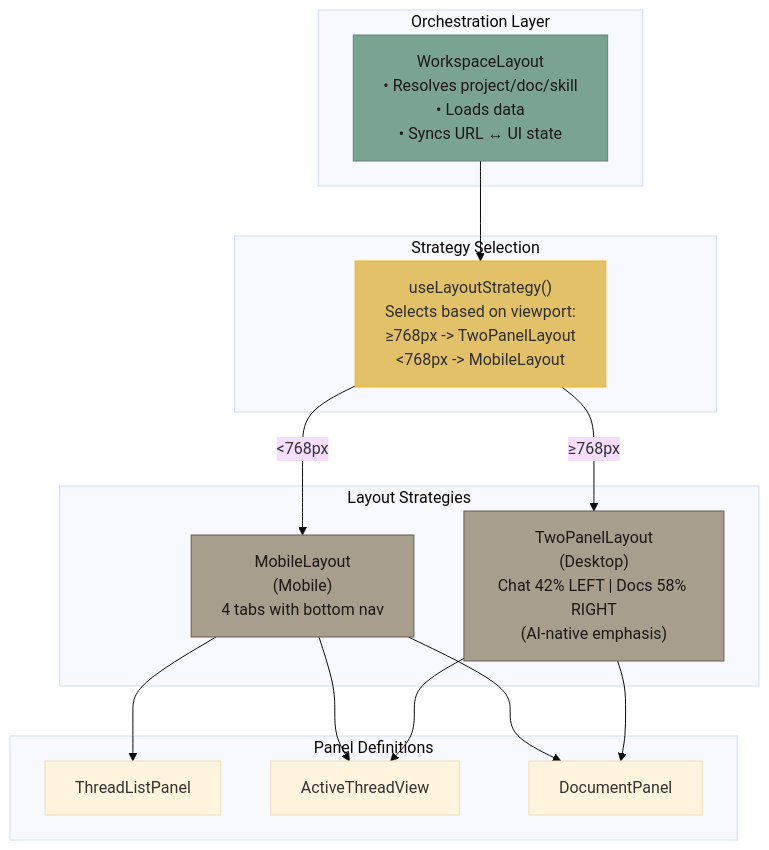
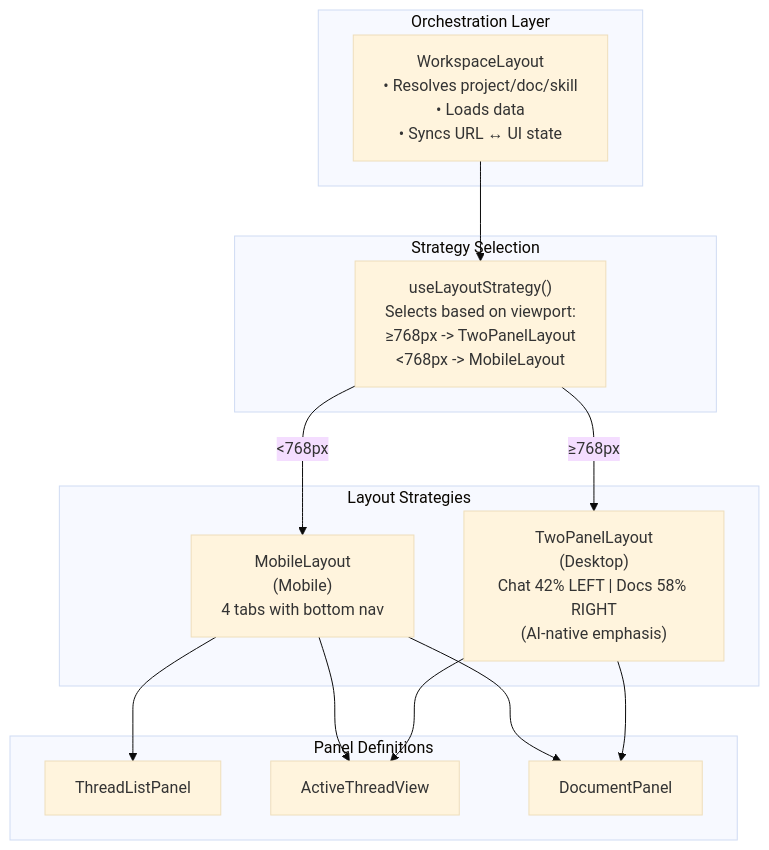
One commit to haowjy/meridian-flow changed the third of 4 diagrams in _docs/technical/frontend/architecture/layout-system.md. Above: the diagram before and after it, drawn with Mermaid (base theme). The commit also changed other lines of this file and 46 other files, not shown here.

````diff
--- a/_docs/technical/frontend/architecture/layout-system.md
+++ b/_docs/technical/frontend/architecture/layout-system.md
@@ -110,38 +103,35 @@
 ```mermaid
 graph TB
     subgraph "Orchestration Layer"
         WL["WorkspaceLayout<br/>• Resolves project/doc/skill<br/>• Loads data<br/>• Syncs URL ↔ UI state"]
     end
 
     subgraph "Strategy Selection"
         Strategy["useLayoutStrategy()<br/>Selects based on viewport:<br/>≥768px -> TwoPanelLayout<br/><768px -> MobileLayout"]
     end
 
     subgraph "Layout Strategies"
         Desktop["TwoPanelLayout<br/>(Desktop)<br/>Chat 42% LEFT | Docs 58% RIGHT<br/>(AI-native emphasis)"]
         Mobile["MobileLayout<br/>(Mobile)<br/>4 tabs with bottom nav"]
     end
 
     subgraph "Panel Definitions"
         ThreadList["ThreadListPanel"]
         ActiveThread["ActiveThreadView"]
         DocPanel["DocumentPanel"]
     end
 
     WL --> Strategy
     Strategy -->|≥768px| Desktop
     Strategy -->|<768px| Mobile
     Desktop --> ActiveThread
     Desktop --> DocPanel
     Mobile --> ThreadList
     Mobile --> ActiveThread
     Mobile --> DocPanel
 
-    classDef orchestrator fill:#7BA391,stroke:#5F8575,color:#1C1917
-    classDef strategy fill:#E3C169,stroke:#F4B41A,color:#2f2f2f
-    classDef layout fill:#A89E8E,stroke:#6B5D4D,color:#1C1917
 
     class WL orchestrator
     class Strategy strategy
     class Desktop,Mobile layout
 ```
````
